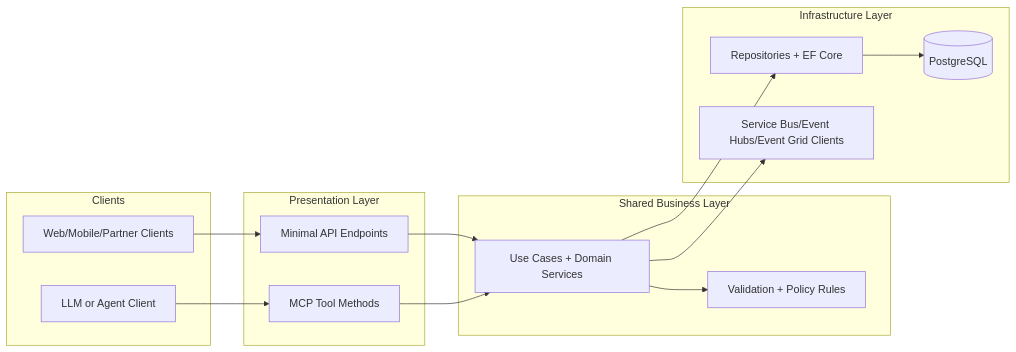
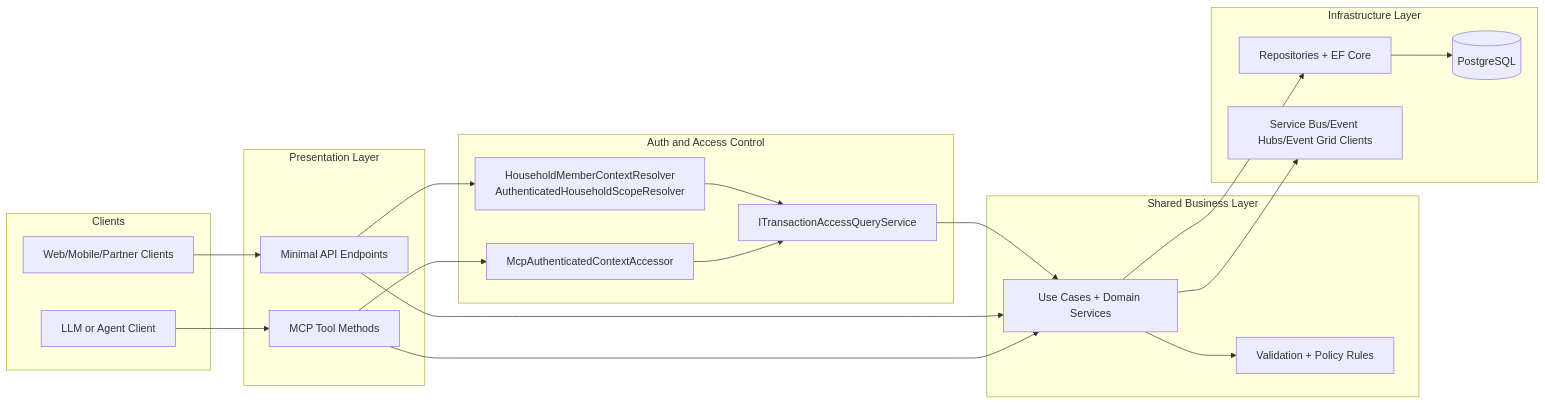
Before and after one commit to ChrisMcKee1/Mosaic-Money: the first of 2 diagrams in docs/architecture/unified-api-mcp-entrypoints.md, drawn with Mermaid. The commit also changed other lines of this file and 64 other files, not shown here.

First line of the commit message:
feat(api): refactor transaction endpoints to use ITransactionAccessQueryService for access control and transaction retrieval

````diff
--- a/docs/architecture/unified-api-mcp-entrypoints.md
+++ b/docs/architecture/unified-api-mcp-entrypoints.md
@@ -21,32 +23,43 @@
 ```mermaid
 flowchart LR
     subgraph Clients[Clients]
         Web[Web/Mobile/Partner Clients]
         Agent[LLM or Agent Client]
     end
 
     subgraph Presentation[Presentation Layer]
         Rest[Minimal API Endpoints]
         Mcp[MCP Tool Methods]
+    end
+
+    subgraph AccessControl[Auth and Access Control]
+        Scope[HouseholdMemberContextResolver\nAuthenticatedHouseholdScopeResolver]
+        McpScope[McpAuthenticatedContextAccessor]
+        TxAccess[ITransactionAccessQueryService]
     end
 
     subgraph Core[Shared Business Layer]
         UseCases[Use Cases + Domain Services]
         Policies[Validation + Policy Rules]
     end
 
     subgraph Infra[Infrastructure Layer]
         Repos[Repositories + EF Core]
         Bus[Service Bus/Event Hubs/Event Grid Clients]
         Db[(PostgreSQL)]
     end
 
     Web --> Rest
     Agent --> Mcp
+    Rest --> Scope
+    Mcp --> McpScope
+    Scope --> TxAccess
+    McpScope --> TxAccess
+    TxAccess --> UseCases
     Rest --> UseCases
     Mcp --> UseCases
     UseCases --> Policies
     UseCases --> Repos
     UseCases --> Bus
     Repos --> Db
 ```
````
